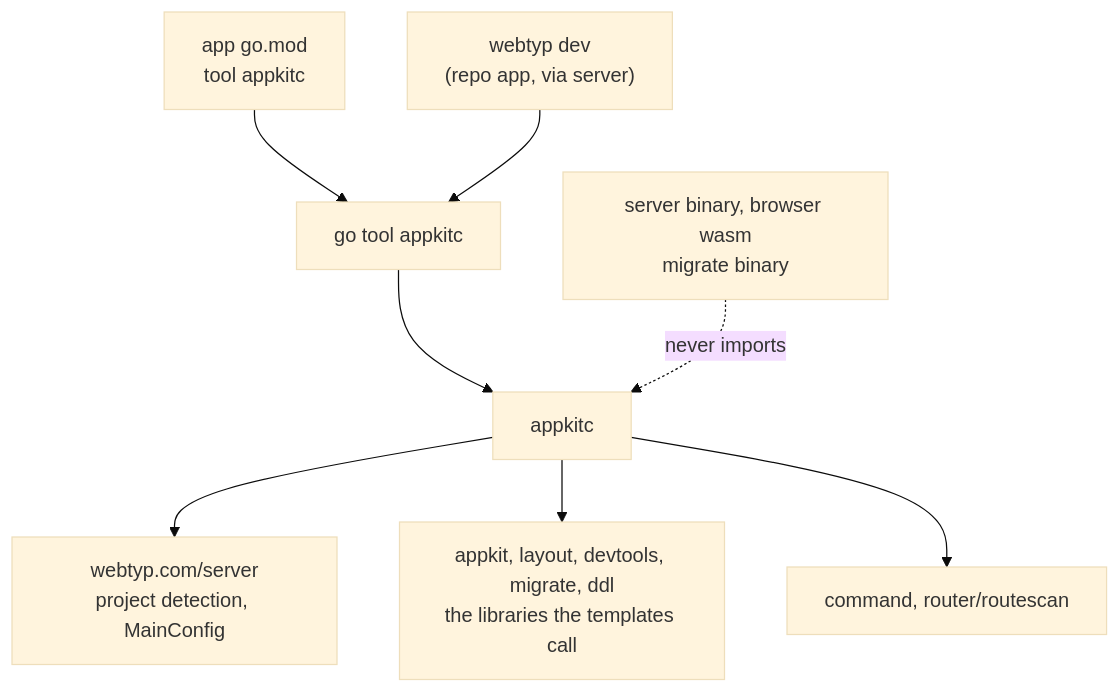
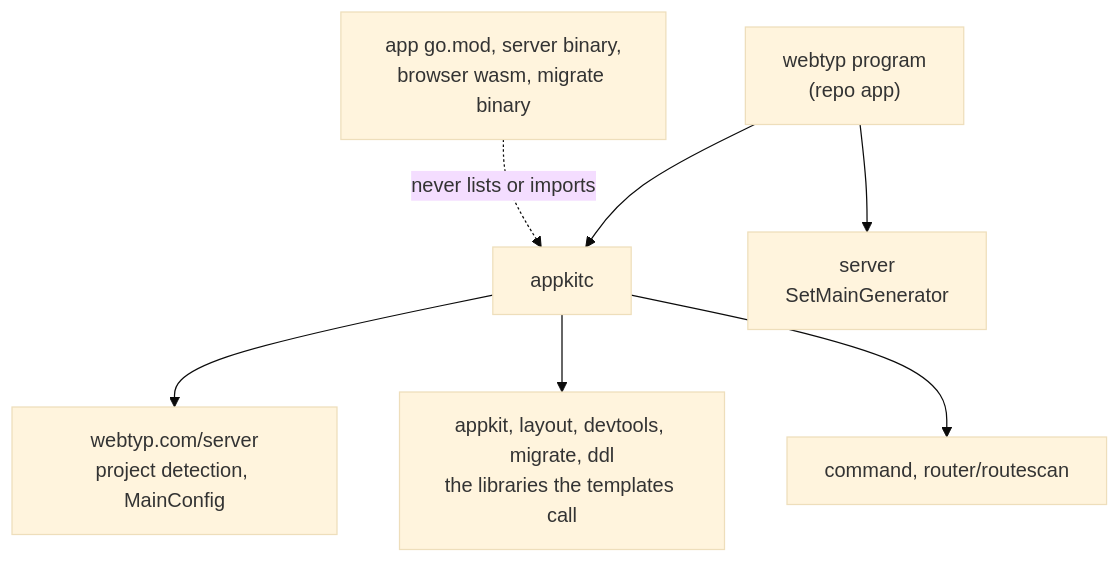
One commit to webtyp/appkitc changed the diagram in docs/diagrams/PLACEMENT.md. Above: the diagram before and after it, drawn with Mermaid (base theme). The commit also changed other lines of this file and 10 other files, not shown here.

First line of the commit message:
fix: appkitc is a development tool inside the webtyp program; no CLI, no tool line in apps; keeps UpgradeGeneratedLibraries

````diff
--- a/docs/diagrams/PLACEMENT.md
+++ b/docs/diagrams/PLACEMENT.md
@@ -5,10 +5,9 @@
 ```mermaid
 flowchart TD
-  A["app go.mod<br/>tool appkitc"] --> B["go tool appkitc"]
-  C["webtyp dev<br/>(repo app, via server)"] --> B
-  B --> D["appkitc"]
-  D --> E["webtyp.com/server<br/>project detection, MainConfig"]
-  D --> F["appkit, layout, devtools, migrate, ddl<br/>the libraries the templates call"]
-  D --> G["command, router/routescan"]
-  H["server binary, browser wasm<br/>migrate binary"] -. never imports .-> D
+  A["webtyp program<br/>(repo app)"] --> B["appkitc"]
+  A --> C["server<br/>SetMainGenerator"]
+  B --> D["webtyp.com/server<br/>project detection, MainConfig"]
+  B --> E["appkit, layout, devtools, migrate, ddl<br/>the libraries the templates call"]
+  B --> F["command, router/routescan"]
+  G["app go.mod, server binary,<br/>browser wasm, migrate binary"] -. never lists or imports .-> B
 ```
````
